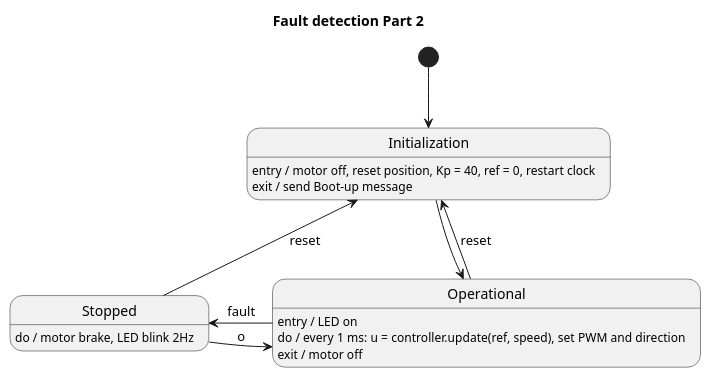
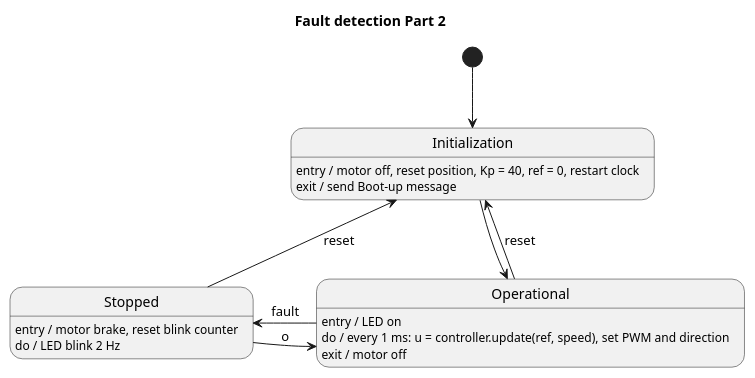
Before and after one commit to A-Klang/Projects_EmbeddedRU: the diagram in Project3/docs/diagrams/src/part2_states.wsd, drawn with PlantUML. The commit also changed 38 other files, not shown here.

```diff
--- a/Project3/docs/diagrams/src/part2_states.wsd
+++ b/Project3/docs/diagrams/src/part2_states.wsd
@@ -1,21 +1,22 @@
 @startuml part2_states
 
 title Fault detection Part 2
 [*] --> Initialization
 
 state Initialization : entry / motor off, reset position, Kp = 40, ref = 0, restart clock
 state Initialization : exit / send Boot-up message
 
 state Operational : entry / LED on
 state Operational : do / every 1 ms: u = controller.update(ref, speed), set PWM and direction
 state Operational : exit / motor off
 
-state Stopped : do / motor brake, LED blink 2Hz
+state Stopped : entry / motor brake, reset blink counter
+state Stopped : do / LED blink 2 Hz
 
 Initialization -down-> Operational
 Operational -up-> Initialization : reset
 Stopped -right-> Operational : o
 Stopped -up-> Initialization : reset
 Operational -right-> Stopped : fault
 
 @enduml
```
